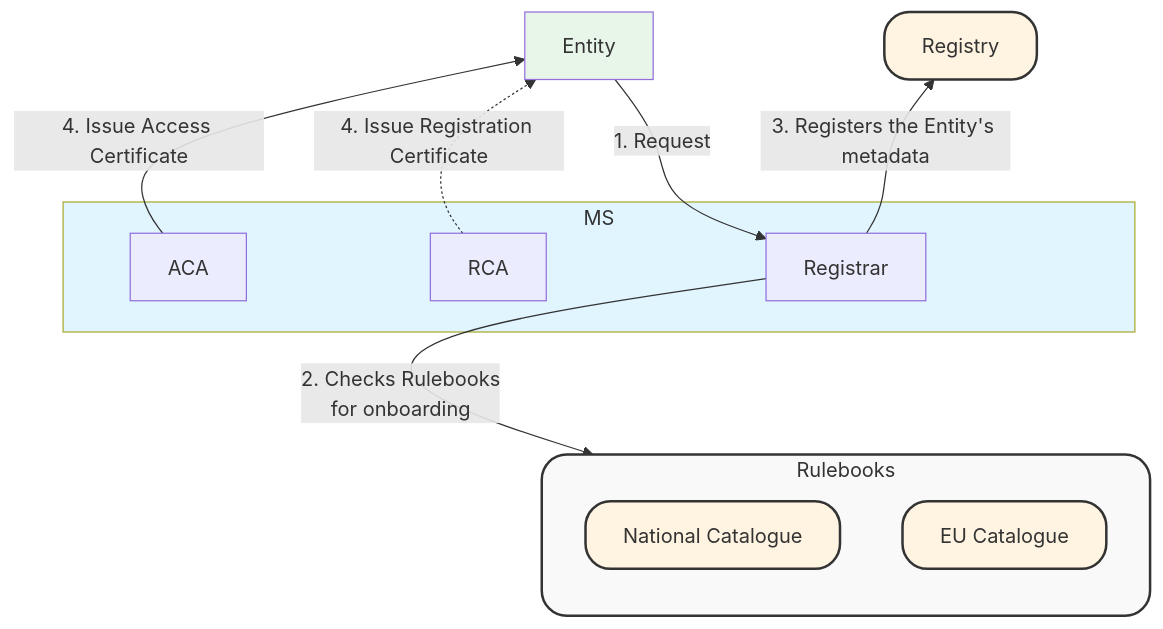
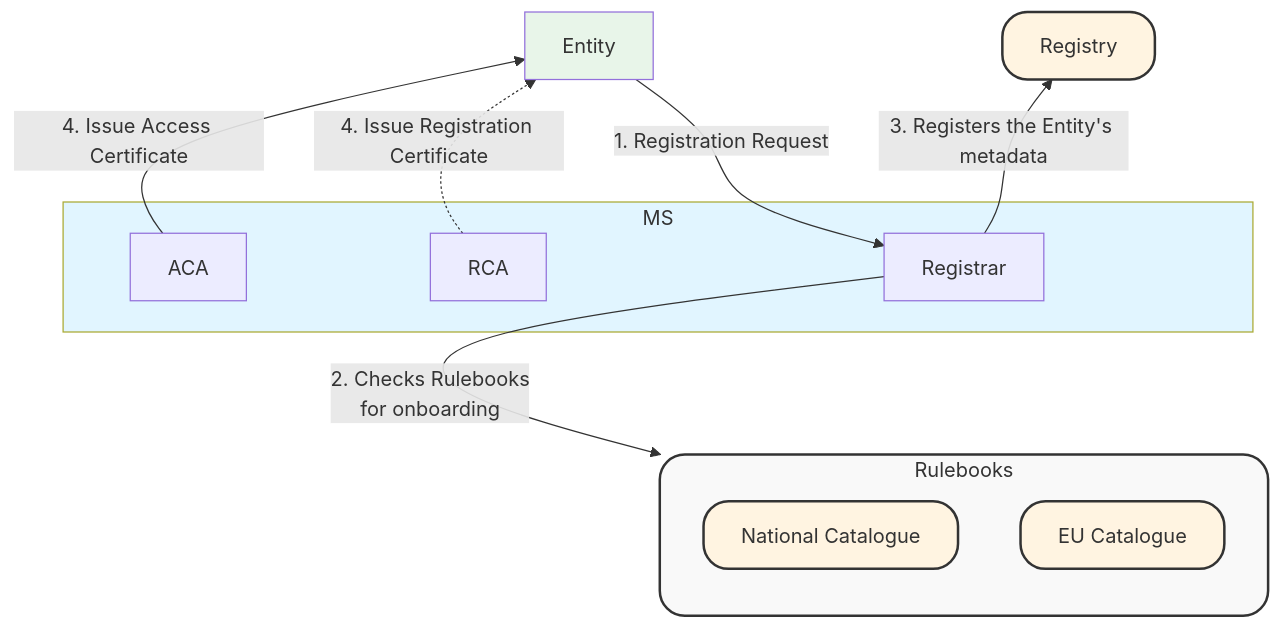
One commit to APTITUDE-Consortium/wp2-trust-specifications changed the first of 3 diagrams in topics/trust-architecture.md. Above: the diagram before and after it, drawn with Mermaid. The commit also changed other lines of this file, not shown here.

Commit message:
fix: editorials in the trust-architecture section

````diff
--- a/topics/trust-architecture.md
+++ b/topics/trust-architecture.md
@@ -66,38 +64,38 @@
 ```mermaid
 graph BT
     subgraph MS
         ACA
         RCA
         Registrar
     end
     Entity
 
     subgraph Cat["Rulebooks"]
         direction TB
         NC["National Catalogue"]
         EUC["EU Catalogue"] 
     end
 
     %% Skeleton
     Registrar ~~~ Entity
     ACA ~~~ Entity
     RCA ~~~ Entity
     MS ~~~ Entity
     Cat ~~~ Registrar
     Registrar ~~~ Registry
 
     %% Style
     style Cat fill:#f9f9f9,stroke:#333,stroke-width:2px,rx:20,ry:20
     style NC fill:#fff4e1,stroke:#333,stroke-width:2px,rx:20,ry:20
     style EUC fill:#fff4e1,stroke:#333,stroke-width:2px,rx:20,ry:20
     style Registry fill:#fff4e1,stroke:#333,stroke-width:2px,rx:20,ry:20
     style MS fill:#e1f5ff
     style Entity fill:#e8f5e9
 
     %% Arrows
-    Entity -->|1. Request| Registrar
+    Entity -->|1. Registration Request| Registrar
     Registrar -->|2. Checks Rulebooks </br>for onboarding| Cat
     Registrar -->|3. Registers the Entity's metadata| Registry
     ACA -->|4. Issue Access Certificate| Entity
     RCA -.->|4. Issue Registration Certificate| Entity
 ```
````
